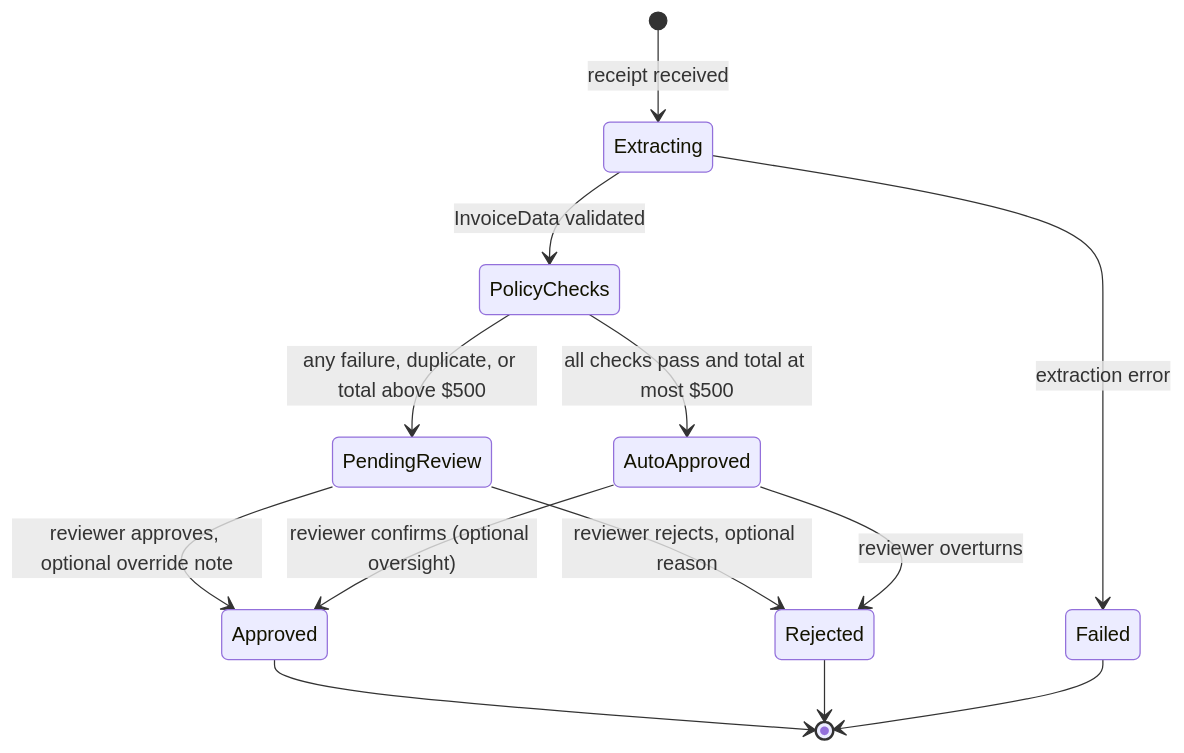
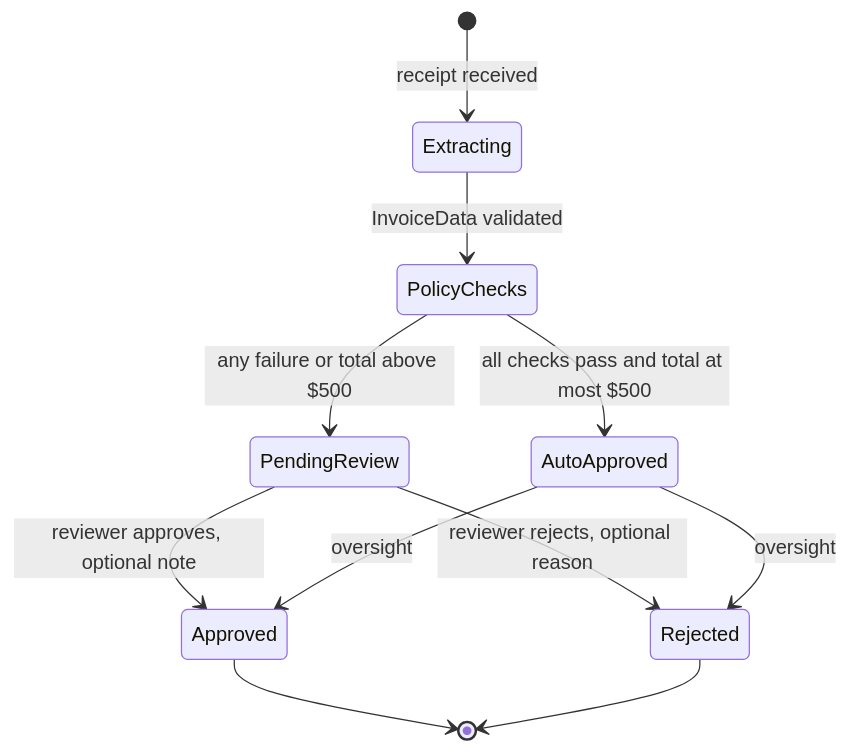
The second of 2 diagrams in README.md (dkhedekar79/AuditFlow---agentic-ai-stuff), drawn with Mermaid before and after one commit. The commit also changed other lines of this file, not shown here.

````diff
--- a/README.md
+++ b/README.md
@@ -143,19 +144,16 @@
 ```mermaid
 stateDiagram-v2
     [*] --> Extracting: receipt received
     Extracting --> PolicyChecks: InvoiceData validated
-    Extracting --> Failed: extraction error
+    PolicyChecks --> AutoApproved: all checks pass and total at most $500
+    PolicyChecks --> PendingReview: any failure or total above $500
 
-    PolicyChecks --> AutoApproved: all checks pass and total at most $500
-    PolicyChecks --> PendingReview: any failure, duplicate, or total above $500
-
-    PendingReview --> Approved: reviewer approves, optional override note
+    PendingReview --> Approved: reviewer approves, optional note
     PendingReview --> Rejected: reviewer rejects, optional reason
 
-    AutoApproved --> Approved: reviewer confirms (optional oversight)
-    AutoApproved --> Rejected: reviewer overturns
+    AutoApproved --> Approved: oversight
+    AutoApproved --> Rejected: oversight
 
     Approved --> [*]
     Rejected --> [*]
-    Failed --> [*]
 ```
````
